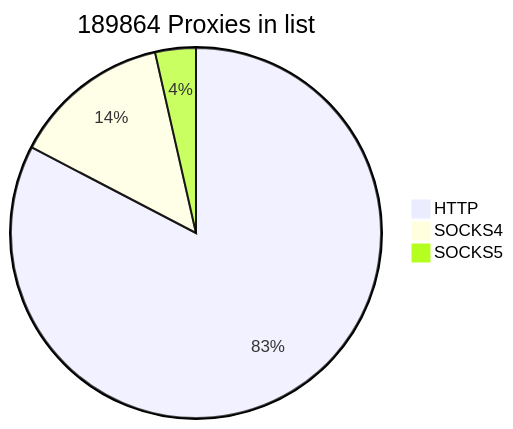
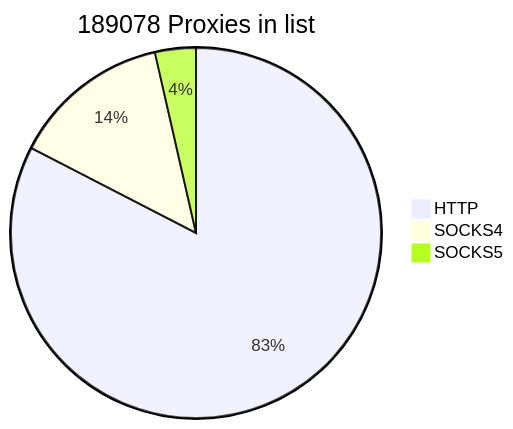
One commit to cutipu/proxylist changed the first of 2 diagrams in README.md. Above: the diagram before and after it, drawn with Mermaid. The commit also changed other lines of this file, not shown here.

````diff
--- a/README.md
+++ b/README.md
@@ -9,7 +9,7 @@
 ```mermaid
-pie title 189864 Proxies in list
-    "HTTP" : 156921
+pie title 189078 Proxies in list
+    "HTTP" : 156135
     "SOCKS4" : 26200
     "SOCKS5" : 6743
             
 ```
````
